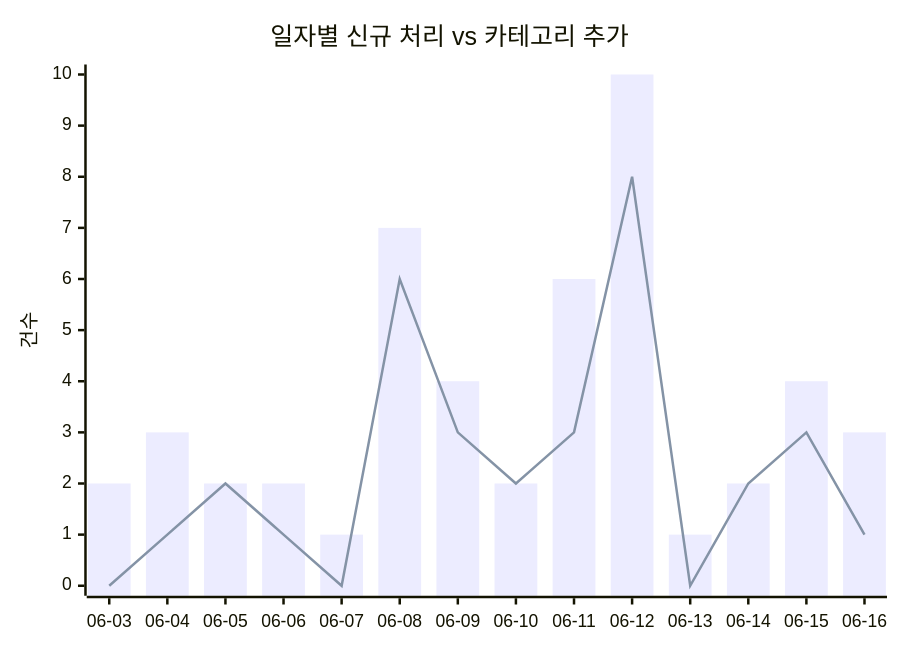
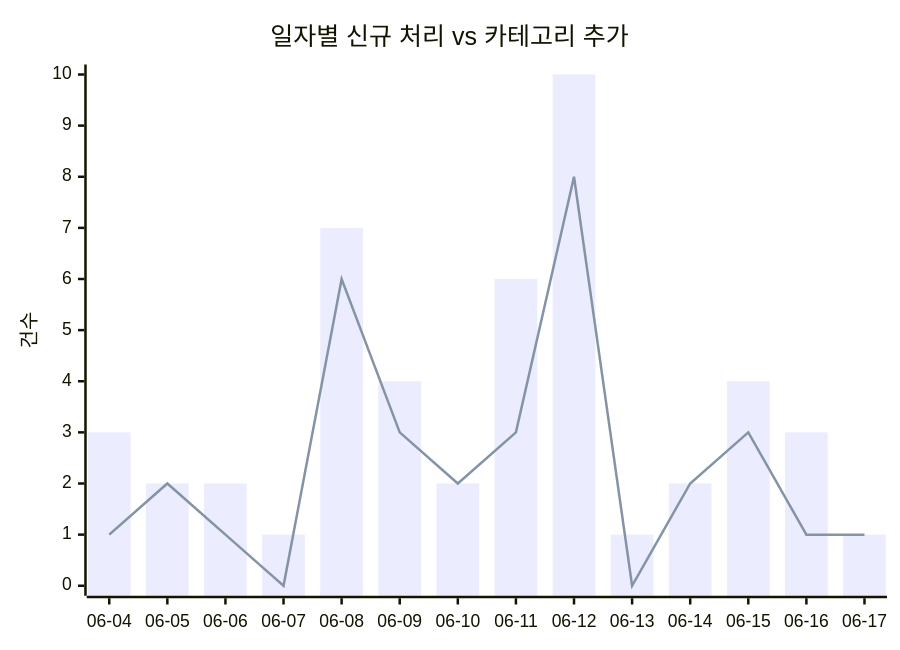
The first of 2 diagrams in docs/trends.md (J-nowcow/awesome-korean-agent-skills), drawn with Mermaid before and after one commit. The commit also changed other lines of this file and 4 other files, not shown here.

````diff
--- a/docs/trends.md
+++ b/docs/trends.md
@@ -32,8 +32,8 @@
 ```mermaid
 xychart-beta
     title "일자별 신규 처리 vs 카테고리 추가"
-    x-axis ["06-03","06-04","06-05","06-06","06-07","06-08","06-09","06-10","06-11","06-12","06-13","06-14","06-15","06-16"]
+    x-axis ["06-04","06-05","06-06","06-07","06-08","06-09","06-10","06-11","06-12","06-13","06-14","06-15","06-16","06-17"]
     y-axis "건수"
-    bar [2,3,2,2,1,7,4,2,6,10,1,2,4,3]
-    line [0,1,2,1,0,6,3,2,3,8,0,2,3,1]
+    bar [3,2,2,1,7,4,2,6,10,1,2,4,3,1]
+    line [1,2,1,0,6,3,2,3,8,0,2,3,1,1]
 ```
````
